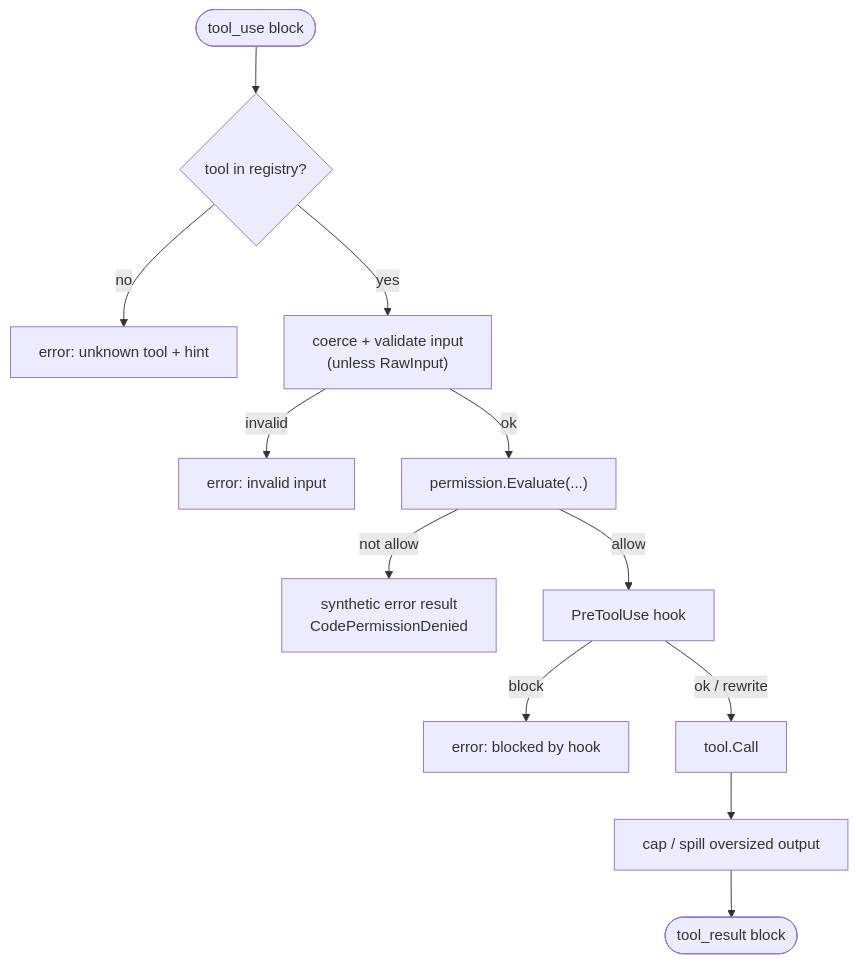
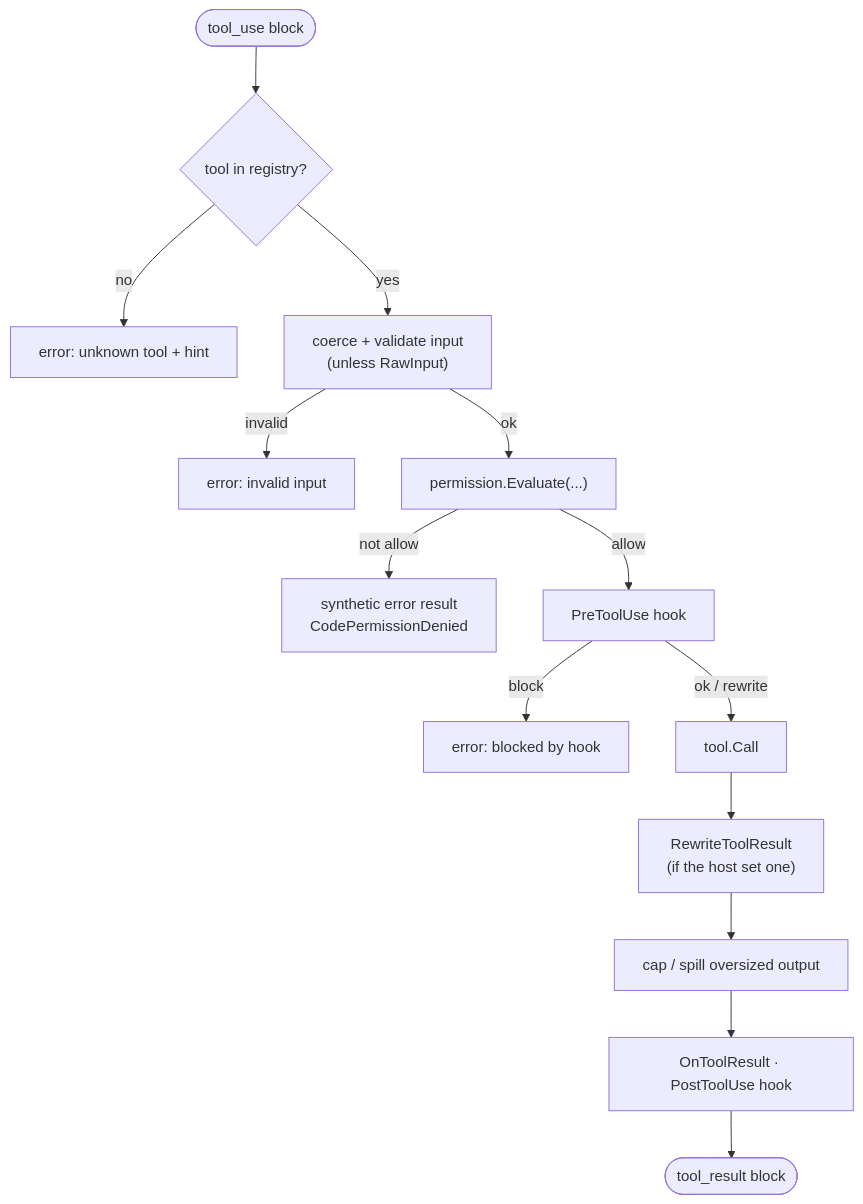
Before and after one commit to 0xmanhnv/Norma: the fourth of 8 diagrams in docs/ARCHITECTURE.md, drawn with Mermaid. The commit also changed other lines of this file and 15 other files, not shown here.

````diff
--- a/docs/ARCHITECTURE.md
+++ b/docs/ARCHITECTURE.md
@@ -223,14 +226,16 @@
 ```mermaid
 flowchart TD
     Call([tool_use block]) --> Resolve{tool in registry?}
     Resolve -->|no| Unknown[error: unknown tool + hint]
     Resolve -->|yes| Coerce["coerce + validate input<br/>(unless RawInput)"]
     Coerce -->|invalid| BadInput[error: invalid input]
     Coerce -->|ok| Eval["permission.Evaluate(...)"]
     Eval -->|not allow| Denied["synthetic error result<br/>CodePermissionDenied"]
     Eval -->|allow| PreHook["PreToolUse hook"]
     PreHook -->|block| Blocked[error: blocked by hook]
     PreHook -->|ok / rewrite| Run["tool.Call"]
-    Run --> Cap["cap / spill oversized output"]
-    Cap --> Result([tool_result block])
+    Run --> Rewrite["RewriteToolResult<br/>(if the host set one)"]
+    Rewrite --> Cap["cap / spill oversized output"]
+    Cap --> Post["OnToolResult · PostToolUse hook"]
+    Post --> Result([tool_result block])
 ```
````
